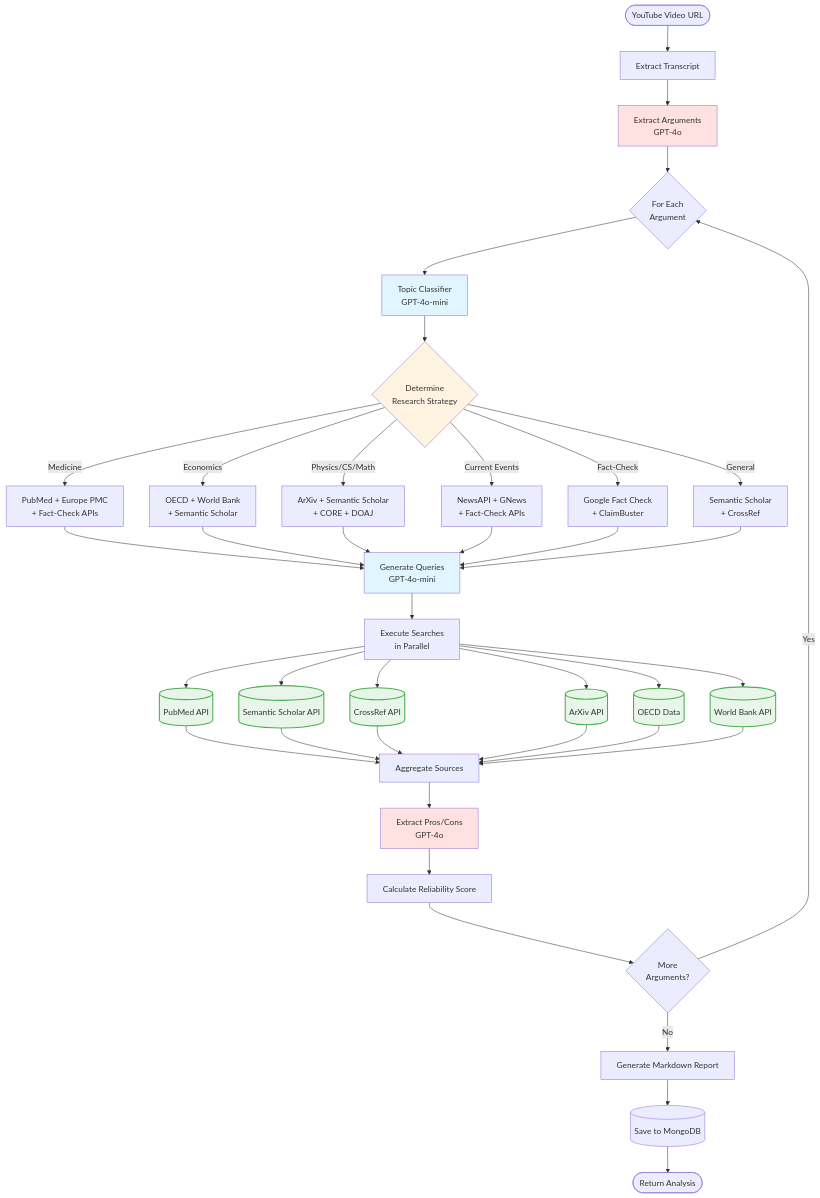
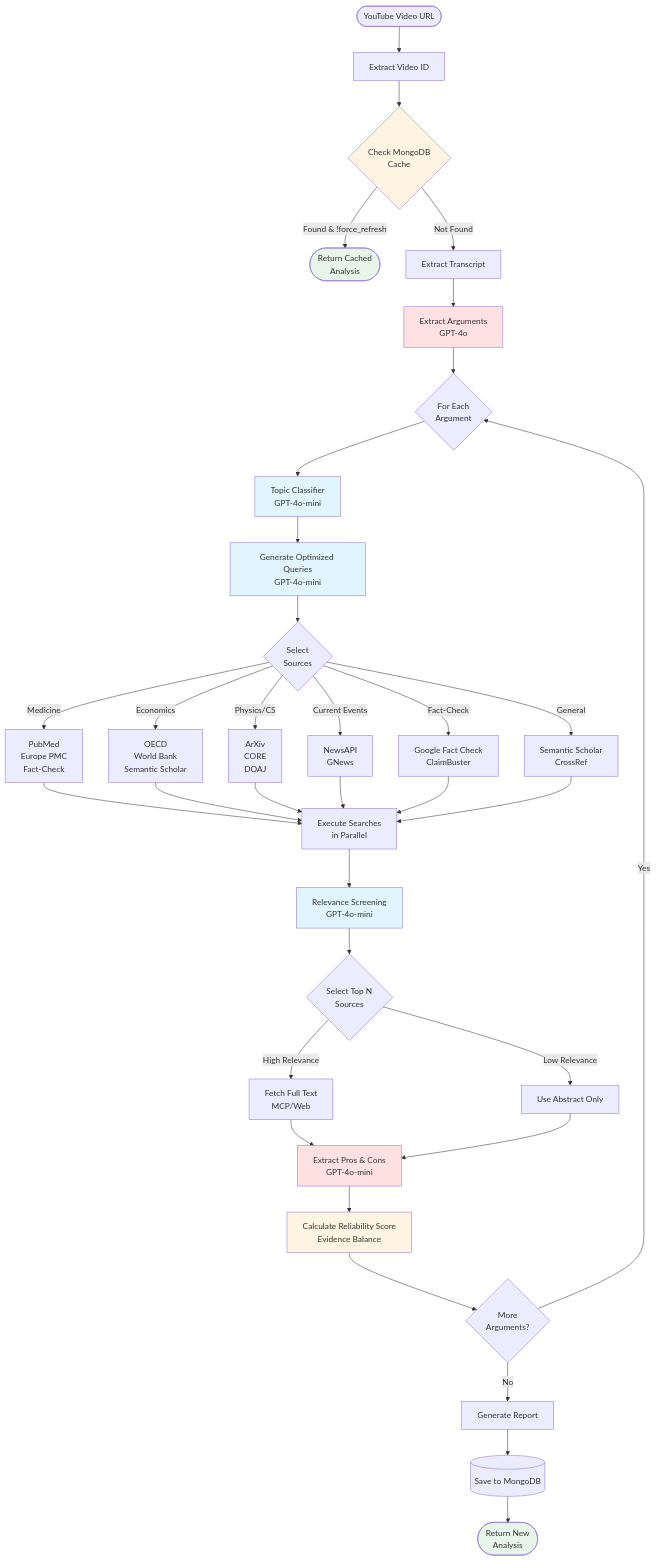
The diagram in README.md (Thomas-D40/video-analyzer-workflow), drawn with Mermaid before and after one commit. The commit also changed other lines of this file and 19 other files, not shown here.

````diff
--- a/README.md
+++ b/README.md
@@ -98,62 +98,60 @@
 ```mermaid
 graph TD
-    Start([YouTube Video URL]) --> Extract[Extract Transcript]
+    Start([YouTube Video URL]) --> VideoID[Extract Video ID]
+    VideoID --> CacheCheck{Check MongoDB<br/>Cache}
+
+    CacheCheck -->|Found & !force_refresh| Return([Return Cached<br/>Analysis])
+    CacheCheck -->|Not Found| Extract[Extract Transcript]
+
     Extract --> Arguments[Extract Arguments<br/>GPT-4o]
 
     Arguments --> Loop{For Each<br/>Argument}
 
     Loop --> Classify[Topic Classifier<br/>GPT-4o-mini]
+    Classify --> QueryGen[Generate Optimized Queries<br/>GPT-4o-mini]
 
-    Classify --> Strategy{Determine<br/>Research Strategy}
+    QueryGen --> Strategy{Select<br/>Sources}
 
-    Strategy -->|Medicine| MedAgents[PubMed + Europe PMC<br/>+ Fact-Check APIs]
-    Strategy -->|Economics| EconAgents[OECD + World Bank<br/>+ Semantic Scholar]
-    Strategy -->|Physics/CS/Math| SciAgents[ArXiv + Semantic Scholar<br/>+ CORE + DOAJ]
-    Strategy -->|Current Events| NewsAgents[NewsAPI + GNews<br/>+ Fact-Check APIs]
-    Strategy -->|Fact-Check| FactAgents[Google Fact Check<br/>+ ClaimBuster]
-    Strategy -->|General| GenAgents[Semantic Scholar<br/>+ CrossRef]
+    Strategy -->|Medicine| MedSearch[PubMed<br/>Europe PMC<br/>Fact-Check]
+    Strategy -->|Economics| EconSearch[OECD<br/>World Bank<br/>Semantic Scholar]
+    Strategy -->|Physics/CS| SciSearch[ArXiv<br/>CORE<br/>DOAJ]
+    Strategy -->|Current Events| NewsSearch[NewsAPI<br/>GNews]
+    Strategy -->|Fact-Check| FactSearch[Google Fact Check<br/>ClaimBuster]
+    Strategy -->|General| GenSearch[Semantic Scholar<br/>CrossRef]
 
-    MedAgents --> QueryGen[Generate Queries<br/>GPT-4o-mini]
-    EconAgents --> QueryGen
-    SciAgents --> QueryGen
-    NewsAgents --> QueryGen
-    FactAgents --> QueryGen
-    GenAgents --> QueryGen
+    MedSearch --> SearchParallel[Execute Searches<br/>in Parallel]
+    EconSearch --> SearchParallel
+    SciSearch --> SearchParallel
+    NewsSearch --> SearchParallel
+    FactSearch --> SearchParallel
+    GenSearch --> SearchParallel
 
-    QueryGen --> Search[Execute Searches<br/>in Parallel]
+    SearchParallel --> Screening[Relevance Screening<br/>GPT-4o-mini]
+    Screening --> TopN{Select Top N<br/>Sources}
 
-    Search --> PubMed[(PubMed API)]
-    Search --> SemanticScholar[(Semantic Scholar API)]
-    Search --> CrossRef[(CrossRef API)]
-    Search --> ArXiv[(ArXiv API)]
-    Search --> OECD[(OECD Data)]
-    Search --> WorldBank[(World Bank API)]
+    TopN -->|High Relevance| Fulltext[Fetch Full Text<br/>MCP/Web]
+    TopN -->|Low Relevance| Abstract[Use Abstract Only]
 
-    PubMed --> Aggregate[Aggregate Sources]
-    SemanticScholar --> Aggregate
-    CrossRef --> Aggregate
-    ArXiv --> Aggregate
-    OECD --> Aggregate
-    WorldBank --> Aggregate
+    Fulltext --> Analysis[Extract Pros & Cons<br/>GPT-4o-mini]
+    Abstract --> Analysis
 
-    Aggregate --> ProsCons[Extract Pros/Cons<br/>GPT-4o]
+    Analysis --> Aggregate[Calculate Reliability Score<br/>Evidence Balance]
 
-    ProsCons --> Reliability[Calculate Reliability Score]
+    Aggregate --> LoopEnd{More<br/>Arguments?}
+    LoopEnd -->|Yes| Loop
+    LoopEnd -->|No| Report[Generate Report]
 
-    Reliability --> MoreArgs{More<br/>Arguments?}
+    Report --> SaveCache[(Save to MongoDB)]
+    SaveCache --> End([Return New<br/>Analysis])
 
-    MoreArgs -->|Yes| Loop
-    MoreArgs -->|No| Report[Generate Markdown Report]
-
-    Report --> Cache[(Save to MongoDB)]
-    Cache --> End([Return Analysis])
-
+    %% Styling
+    style CacheCheck fill:#fff4e1
+    style Arguments fill:#ffe1e1
     style Classify fill:#e1f5ff
     style QueryGen fill:#e1f5ff
-    style Arguments fill:#ffe1e1
-    style ProsCons fill:#ffe1e1
-    style Strategy fill:#fff4e1
-
-    classDef apiNode fill:#e8f5e9,stroke:#4caf50,stroke-width:2px
-    class PubMed,SemanticScholar,CrossRef,ArXiv,OECD,WorldBank apiNode
+    style Screening fill:#e1f5ff
+    style Analysis fill:#ffe1e1
+    style Aggregate fill:#fff4e1
+    style Return fill:#e8f5e9
+    style End fill:#e8f5e9
 ```
````
